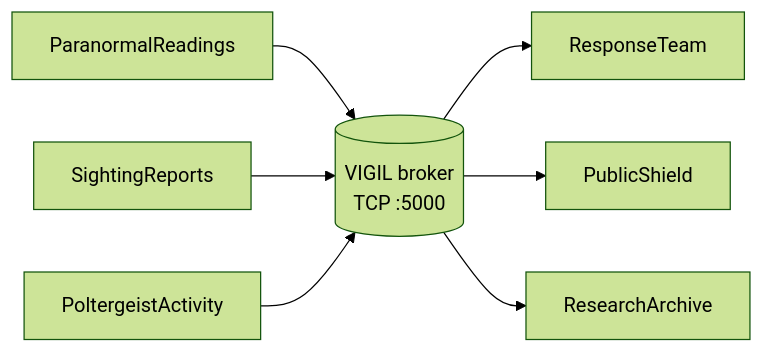
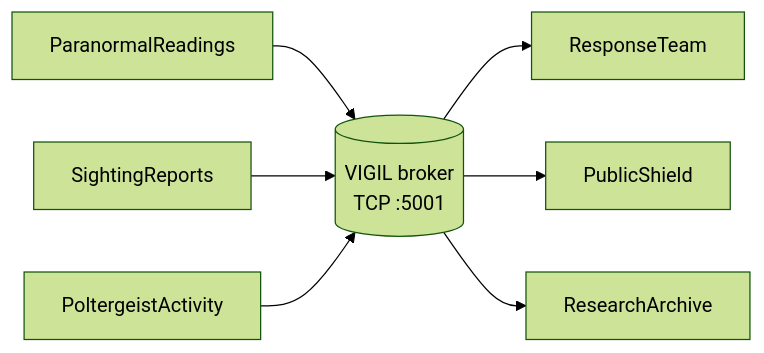
The diagram in README.md (Fabshkiee/ccs231-vigil), drawn with Mermaid (forest theme) before and after one commit. The commit also changed other lines of this file, not shown here.

````diff
--- a/README.md
+++ b/README.md
@@ -28,9 +28,9 @@
 ```mermaid
 flowchart LR
-    PR[ParanormalReadings] --> BR[(VIGIL broker<br/>TCP :5000)]
+    PR[ParanormalReadings] --> BR[(VIGIL broker<br/>TCP :5001)]
     SR[SightingReports] --> BR
     PA[PoltergeistActivity] --> BR
     BR --> RT[ResponseTeam]
     BR --> PS[PublicShield]
     BR --> RA[ResearchArchive]
 ```
````
